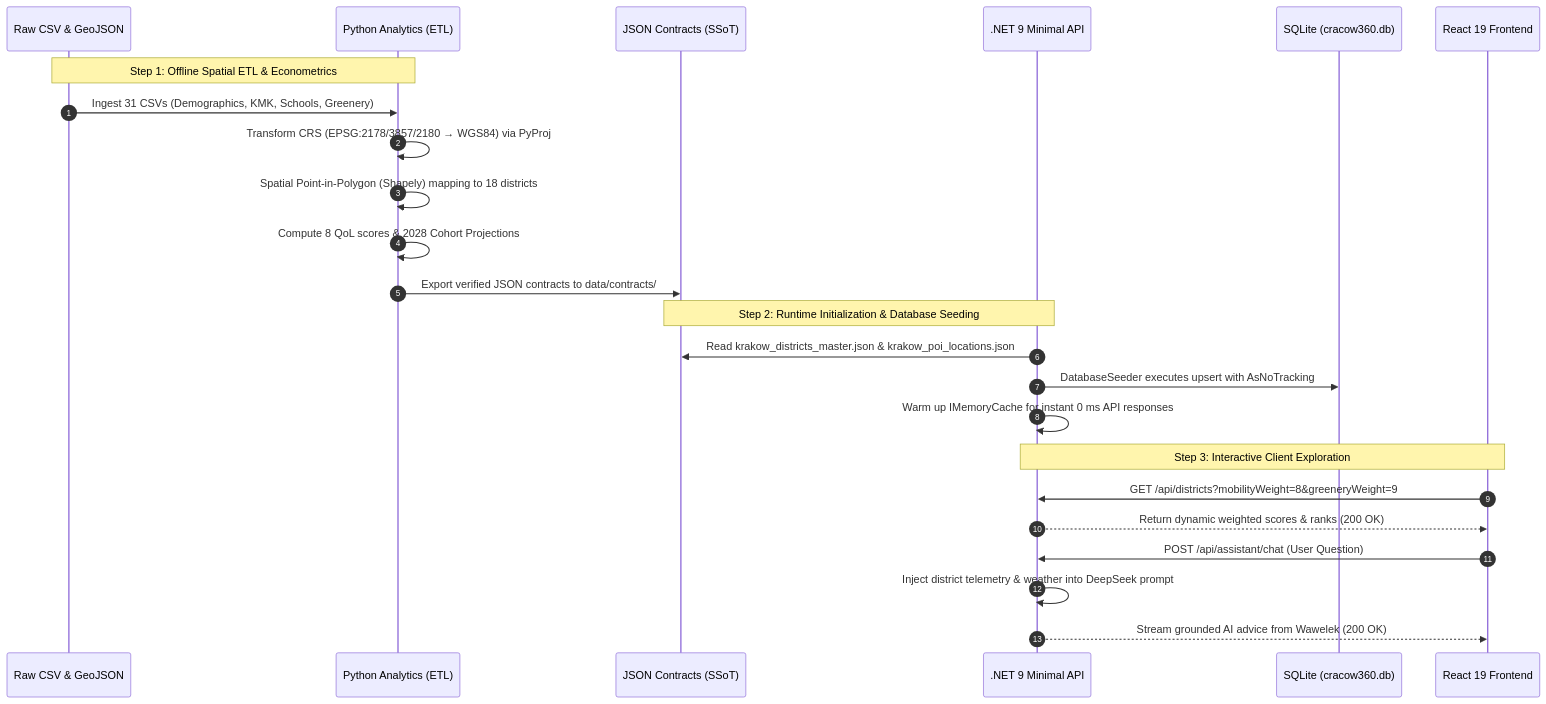
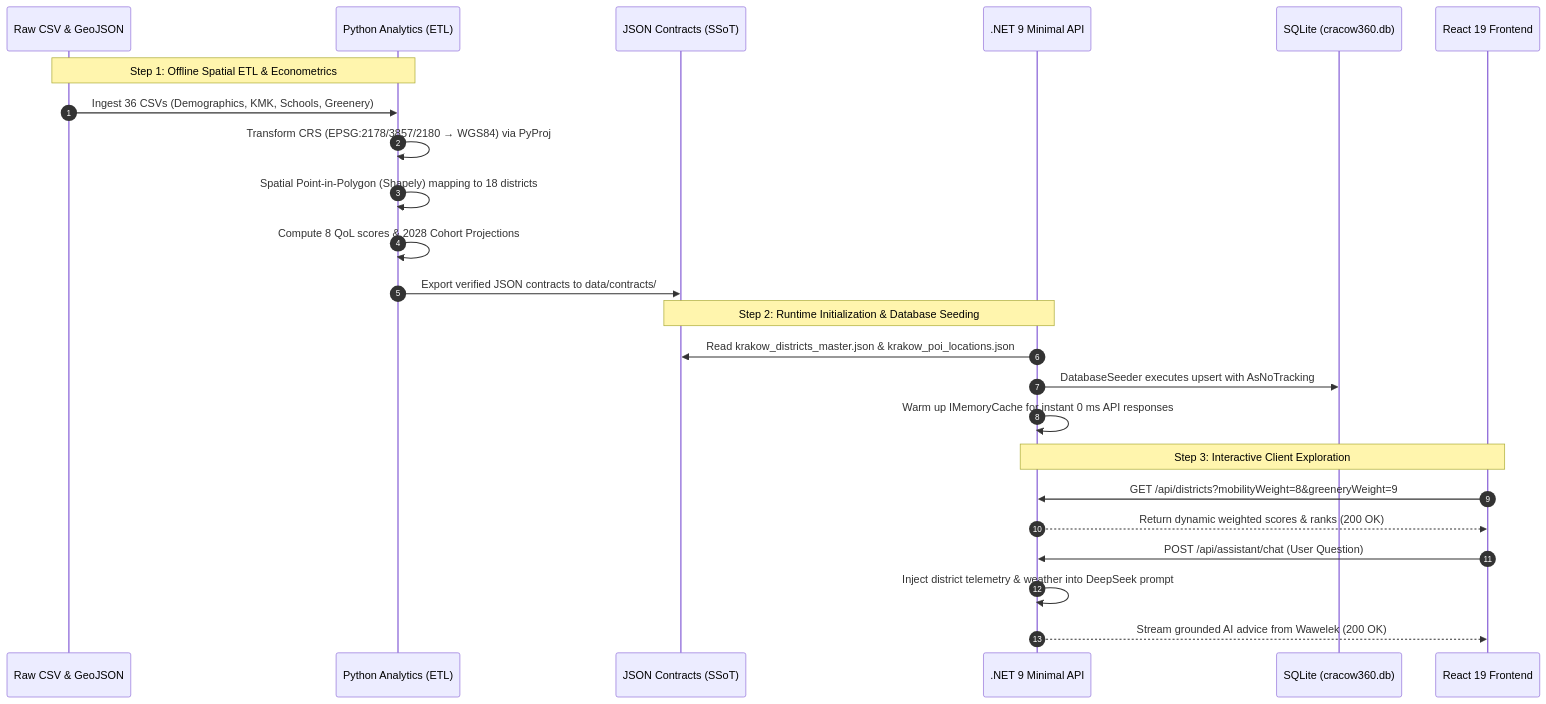
Before and after one commit to zephir-x/cracow360: the second of 4 diagrams in README.md, drawn with Mermaid. The commit also changed other lines of this file and 6 other files, not shown here.

````diff
--- a/README.md
+++ b/README.md
@@ -299,29 +299,29 @@
 ```mermaid
 sequenceDiagram
     autonumber
     participant Raw as Raw CSV & GeoJSON
     participant Python as Python Analytics (ETL)
     participant Contracts as JSON Contracts (SSoT)
     participant Backend as .NET 9 Minimal API
     participant SQLite as SQLite (cracow360.db)
     participant Frontend as React 19 Frontend
 
     Note over Raw,Python: Step 1: Offline Spatial ETL & Econometrics
-    Raw->>Python: Ingest 31 CSVs (Demographics, KMK, Schools, Greenery)
+    Raw->>Python: Ingest 36 CSVs (Demographics, KMK, Schools, Greenery)
     Python->>Python: Transform CRS (EPSG:2178/3857/2180 → WGS84) via PyProj
     Python->>Python: Spatial Point-in-Polygon (Shapely) mapping to 18 districts
     Python->>Python: Compute 8 QoL scores & 2028 Cohort Projections
     Python->>Contracts: Export verified JSON contracts to data/contracts/
 
     Note over Contracts,Backend: Step 2: Runtime Initialization & Database Seeding
     Backend->>Contracts: Read krakow_districts_master.json & krakow_poi_locations.json
     Backend->>SQLite: DatabaseSeeder executes upsert with AsNoTracking
     Backend->>Backend: Warm up IMemoryCache for instant 0 ms API responses
 
     Note over Backend,Frontend: Step 3: Interactive Client Exploration
     Frontend->>Backend: GET /api/districts?mobilityWeight=8&greeneryWeight=9
     Backend-->>Frontend: Return dynamic weighted scores & ranks (200 OK)
     Frontend->>Backend: POST /api/assistant/chat (User Question)
     Backend->>Backend: Inject district telemetry & weather into DeepSeek prompt
     Backend-->>Frontend: Stream grounded AI advice from Wawelek (200 OK)
 ```
````
